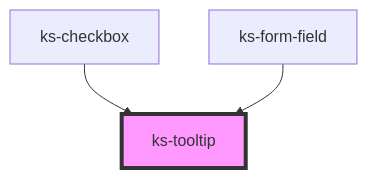
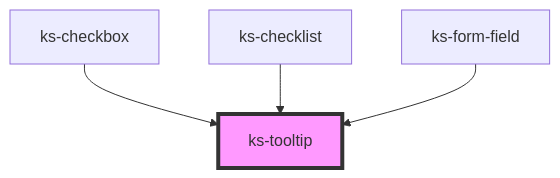
Before and after one commit to kickstand-ui/kickstand-ui: the diagram in src/scripts/components/tooltip/readme.md, drawn with Mermaid. The commit also changed other lines of this file and 9 other files, not shown here.

````diff
--- a/src/scripts/components/tooltip/readme.md
+++ b/src/scripts/components/tooltip/readme.md
@@ -27,6 +28,7 @@
 ```mermaid
 graph TD;
   ks-checkbox --> ks-tooltip
+  ks-checklist --> ks-tooltip
   ks-form-field --> ks-tooltip
   style ks-tooltip fill:#f9f,stroke:#333,stroke-width:4px
 ```
````
